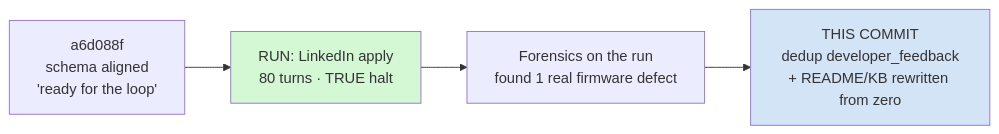
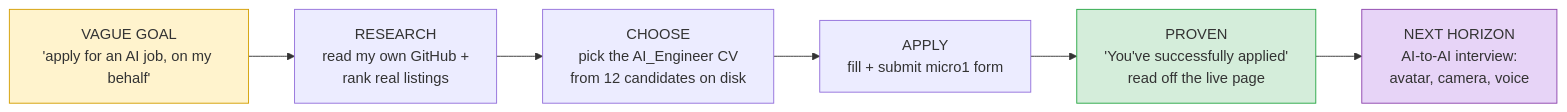
Before and after one commit to wgabrys88/endgame-ai: the first of 7 diagrams in README.md, drawn with Mermaid. The commit also changed other lines of this file, not shown here.

````diff
--- a/README.md
+++ b/README.md
@@ -40,8 +47,11 @@
 ```mermaid
 flowchart LR
-    A["a6d088f<br/>schema aligned<br/>'ready for the loop'"] --> B["RUN: LinkedIn apply<br/>80 turns · TRUE halt"]
-    B --> C["Forensics on the run<br/>found 1 real firmware defect"]
-    C --> D["THIS COMMIT<br/>dedup developer_feedback<br/>+ README/KB rewritten from zero"]
-    style B fill:#d4f7d4
-    style D fill:#d4e4f7
+    G["VAGUE GOAL<br/>'apply for an AI job, on my behalf'"] --> R["RESEARCH<br/>read my own GitHub +<br/>rank real listings"]
+    R --> C["CHOOSE<br/>pick the AI_Engineer CV<br/>from 12 candidates on disk"]
+    C --> A["APPLY<br/>fill + submit micro1 form"]
+    A --> P["PROVEN<br/>'You've successfully applied'<br/>read off the live page"]
+    P --> N["NEXT HORIZON<br/>AI-to-AI interview:<br/>avatar, camera, voice"]
+    style G fill:#fff3cd,stroke:#d39e00
+    style P fill:#d4edda,stroke:#28a745
+    style N fill:#e7d4f7,stroke:#8e44ad
 ```
````
